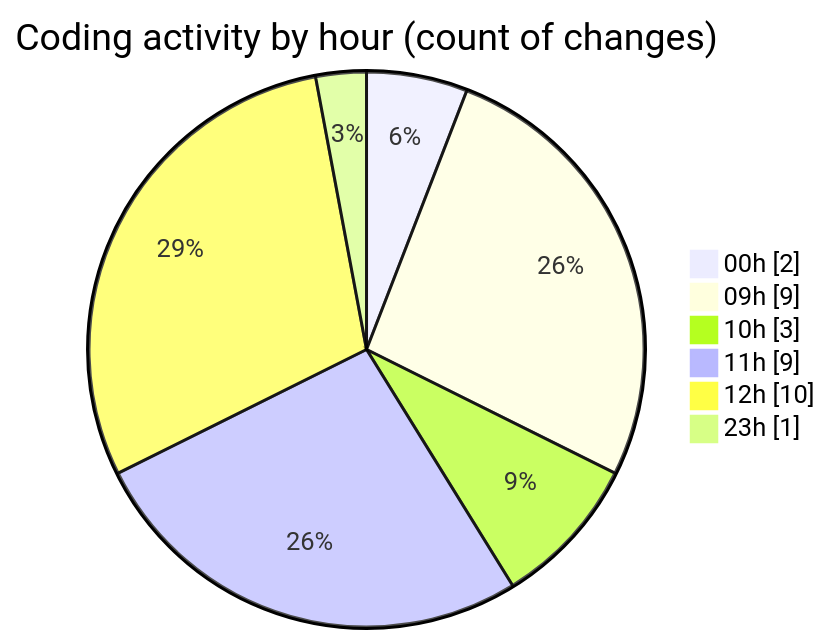
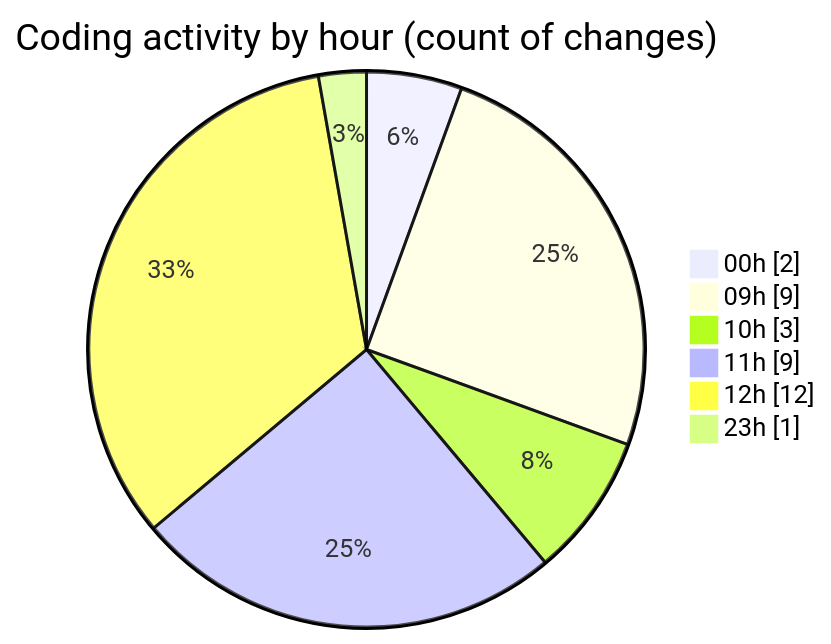
One commit to momahboobian/code-tracking changed the second of 2 diagrams in 2025-07-29/cda/README.md. Above: the diagram before and after it, drawn with Mermaid. The commit also changed other lines of this file and 1 other file, not shown here.

````diff
--- a/2025-07-29/cda/README.md
+++ b/2025-07-29/cda/README.md
@@ -32,10 +32,10 @@
 ```mermaid
 pie showData
 title Coding activity by hour (count of changes)
 "00h" : 2
 "09h" : 9
 "10h" : 3
 "11h" : 9
-"12h" : 10
+"12h" : 12
 "23h" : 1
 ```
````
